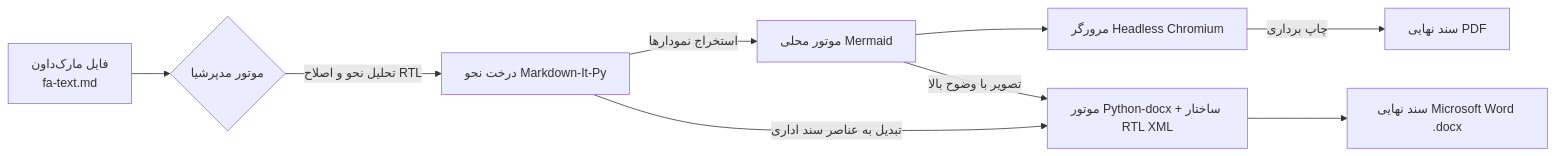
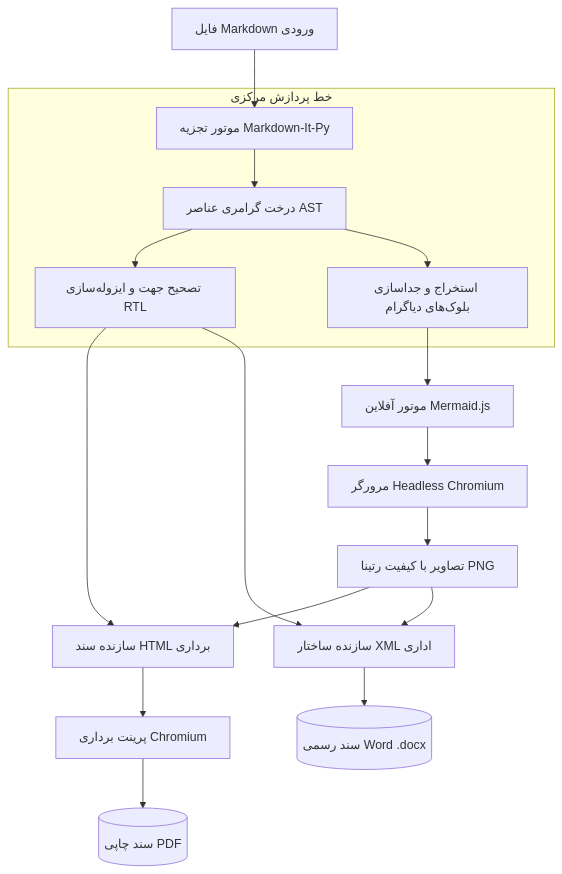
One commit to hamid-morsali-786/MdPersia changed the fifth of 5 diagrams in README.md. Above: the diagram before and after it, drawn with Mermaid. The commit also changed other lines of this file and 1 other file, not shown here.

````diff
--- a/README.md
+++ b/README.md
@@ -210,11 +458,23 @@
 ```mermaid
-flowchart LR
-    A[فایل مارک‌داون<br/>fa-text.md] --> B{موتور مدپرشیا}
-    B -->|تحلیل نحو و اصلاح RTL| C[درخت نحو Markdown-It-Py]
-    C -->|استخراج نمودارها| D[موتور محلی Mermaid]
-    D --> E[مرورگر Headless Chromium]
-    E -->|چاپ برداری| F[سند نهایی PDF]
-    C -->|تبدیل به عناصر سند اداری| G[موتور Python-docx + ساختار RTL XML]
-    D -->|تصویر با وضوح بالا| G
-    G --> H[سند نهایی Microsoft Word .docx]
+flowchart TD
+    MD[فایل Markdown ورودی] --> Parser[موتور تجزیه Markdown-It-Py]
+    
+    subgraph خط پردازش مرکزی
+        Parser --> AST[درخت گرامری عناصر AST]
+        AST --> BiDi[تصحیح جهت و ایزوله‌سازی RTL]
+        AST --> MermaidExt[استخراج و جداسازی بلوک‌های دیاگرام]
+    end
+
+    MermaidExt --> LocalMermaid[موتور آفلاین Mermaid.js]
+    LocalMermaid --> Chromium[مرورگر Headless Chromium]
+    Chromium --> PNG[تصاویر با کیفیت رتینا PNG]
+
+    BiDi --> HTMLGen[سازنده سند HTML برداری]
+    PNG --> HTMLGen
+    HTMLGen --> ChromiumPDF[پرینت برداری Chromium]
+    ChromiumPDF --> PDFOut[(سند چاپی PDF)]
+
+    BiDi --> DocxGen[سازنده ساختار XML اداری]
+    PNG --> DocxGen
+    DocxGen --> WordOut[(سند رسمی Word .docx)]
 ```
````
